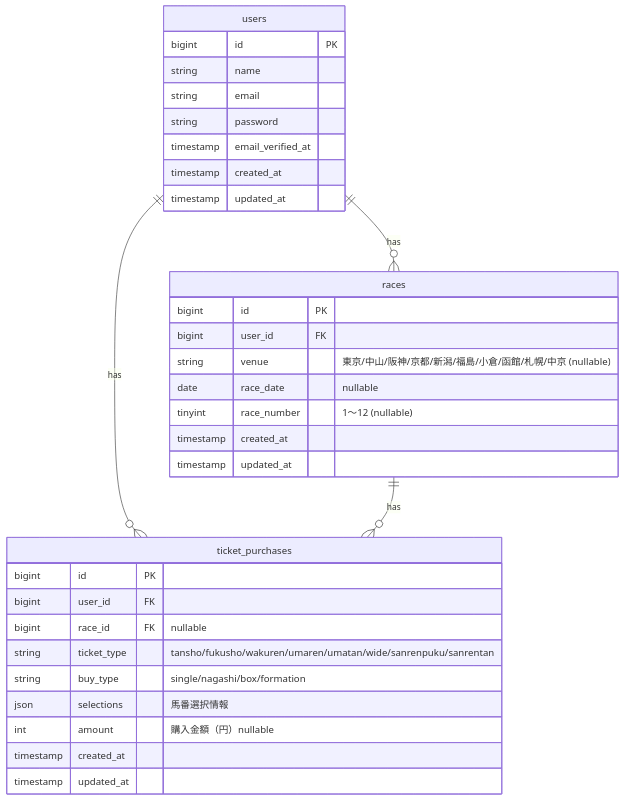
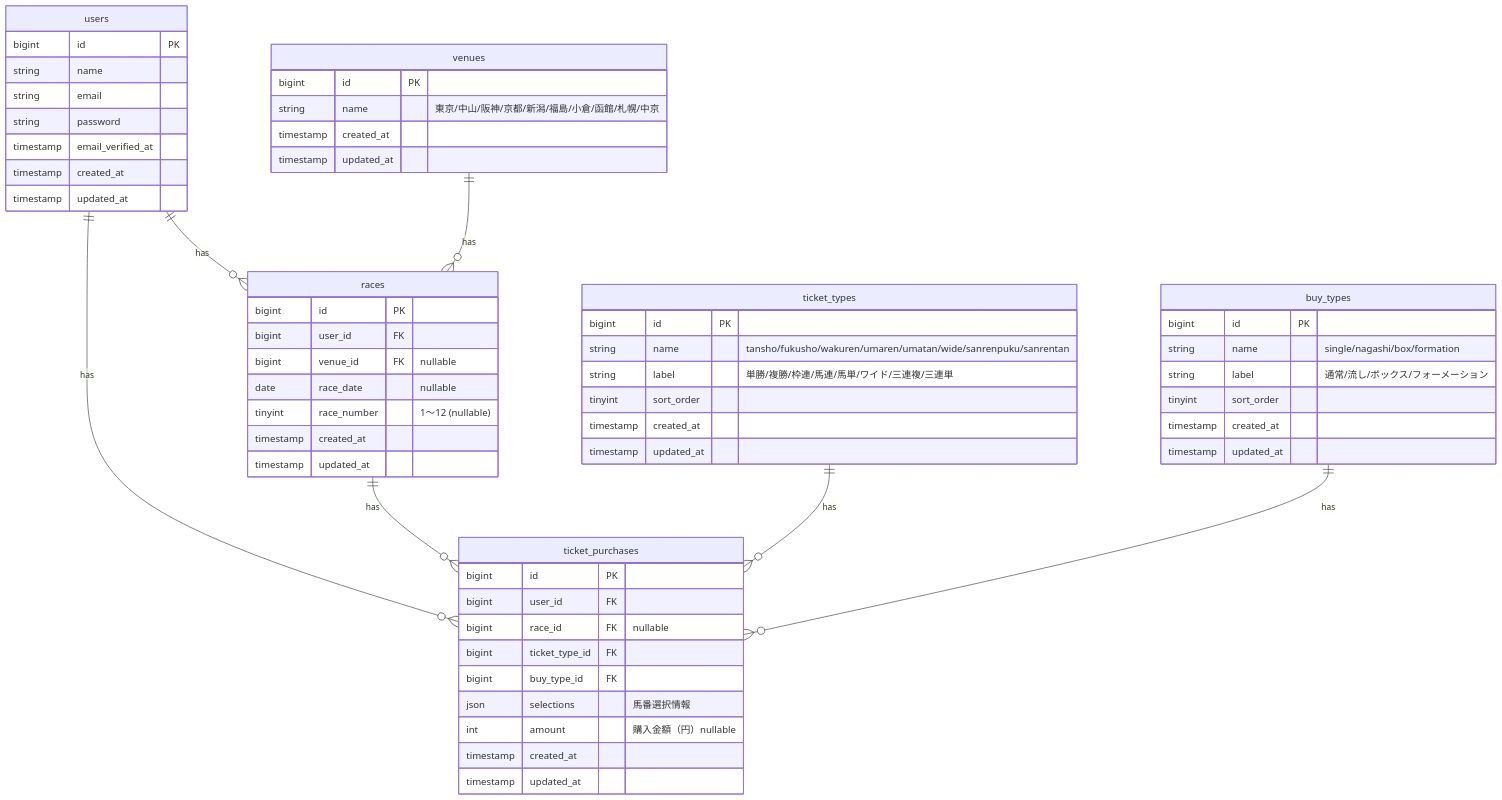
Before and after one commit to nakajima97/keiba-db-gen2: the diagram in docs/specs/er-diagram.md, drawn with Mermaid. The commit also changed 4 other files, not shown here.

Commit message:
#1 venue/ticket_type/buy_typeを別テーブルで管理するよう設計変更

````diff
--- a/docs/specs/er-diagram.md
+++ b/docs/specs/er-diagram.md
@@ -3,38 +3,66 @@
 ```mermaid
 erDiagram
     users {
         bigint id PK
         string name
         string email
         string password
         timestamp email_verified_at
         timestamp created_at
         timestamp updated_at
     }
 
+    venues {
+        bigint id PK
+        string name "東京/中山/阪神/京都/新潟/福島/小倉/函館/札幌/中京"
+        timestamp created_at
+        timestamp updated_at
+    }
+
     races {
         bigint id PK
         bigint user_id FK
-        string venue "東京/中山/阪神/京都/新潟/福島/小倉/函館/札幌/中京 (nullable)"
+        bigint venue_id FK "nullable"
         date race_date "nullable"
         tinyint race_number "1〜12 (nullable)"
+        timestamp created_at
+        timestamp updated_at
+    }
+
+    ticket_types {
+        bigint id PK
+        string name "tansho/fukusho/wakuren/umaren/umatan/wide/sanrenpuku/sanrentan"
+        string label "単勝/複勝/枠連/馬連/馬単/ワイド/三連複/三連単"
+        tinyint sort_order
+        timestamp created_at
+        timestamp updated_at
+    }
+
+    buy_types {
+        bigint id PK
+        string name "single/nagashi/box/formation"
+        string label "通常/流し/ボックス/フォーメーション"
+        tinyint sort_order
         timestamp created_at
         timestamp updated_at
     }
 
     ticket_purchases {
         bigint id PK
         bigint user_id FK
         bigint race_id FK "nullable"
-        string ticket_type "tansho/fukusho/wakuren/umaren/umatan/wide/sanrenpuku/sanrentan"
-        string buy_type "single/nagashi/box/formation"
+        bigint ticket_type_id FK
+        bigint buy_type_id FK
         json selections "馬番選択情報"
         int amount "購入金額（円）nullable"
         timestamp created_at
         timestamp updated_at
     }
 
     users ||--o{ races : "has"
     users ||--o{ ticket_purchases : "has"
+    venues ||--o{ races : "has"
     races ||--o{ ticket_purchases : "has"
+    ticket_types ||--o{ ticket_purchases : "has"
+    buy_types ||--o{ ticket_purchases : "has"
 ```
````
